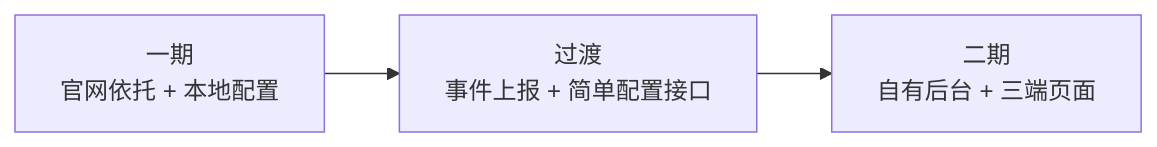
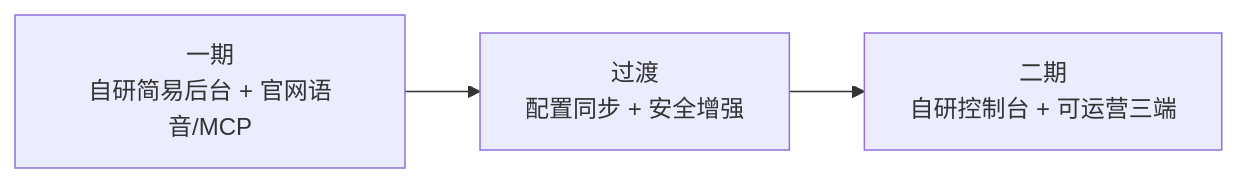
One commit to zienenen/xiaozhi-esp32 changed the eighth of 8 diagrams in docs/blindbox_project/phase1_phase2_architecture_plan.md. Above: the diagram before and after it, drawn with Mermaid. The commit also changed other lines of this file and 81 other files, not shown here.

````diff
--- a/docs/blindbox_project/phase1_phase2_architecture_plan.md
+++ b/docs/blindbox_project/phase1_phase2_architecture_plan.md
@@ -837,5 +840,5 @@
 ```mermaid
 flowchart LR
-  P1["一期<br/>官网依托 + 本地配置"] --> P1_5["过渡<br/>事件上报 + 简单配置接口"]
-  P1_5 --> P2["二期<br/>自有后台 + 三端页面"]
+  P1["一期<br/>自研简易后台 + 官网语音/MCP"] --> P1_5["过渡<br/>配置同步 + 安全增强"]
+  P1_5 --> P2["二期<br/>自研控制台 + 可运营三端"]
 ```
````
